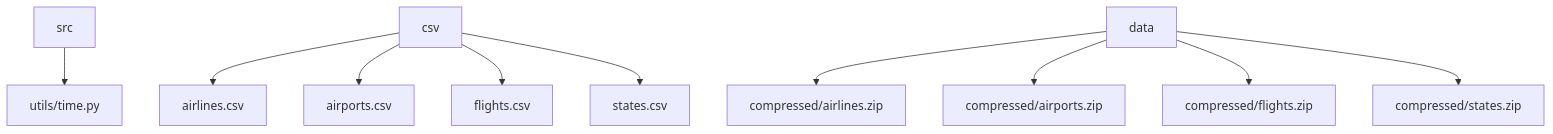
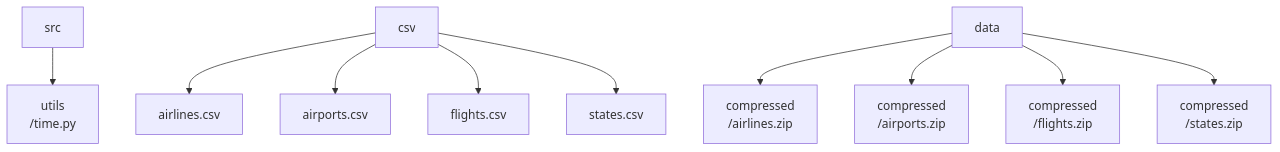
The third of 3 diagrams in README.md (Mathatou/Data_Python), drawn with Mermaid before and after one commit. The commit also changed other lines of this file, not shown here.

Commit message:
test de graphique plus lisible

````diff
--- a/README.md
+++ b/README.md
@@ -55,18 +55,18 @@
 ```mermaid
 %% Section 3 : src, csv et data
 graph TD
     E[src]
-    E --> E1[utils/time.py]
+    E --> E1[utils<br>/time.py]
 
     F[csv]
     F --> F1[airlines.csv]
     F --> F2[airports.csv]
     F --> F3[flights.csv]
     F --> F4[states.csv]
 
     G[data]
-    G --> G1[compressed/airlines.zip]
-    G --> G2[compressed/airports.zip]
-    G --> G3[compressed/flights.zip]
-    G --> G4[compressed/states.zip]
+    G --> G1[compressed<br>/airlines.zip]
+    G --> G2[compressed<br>/airports.zip]
+    G --> G3[compressed<br>/flights.zip]
+    G --> G4[compressed<br>/states.zip]
 ```
````
